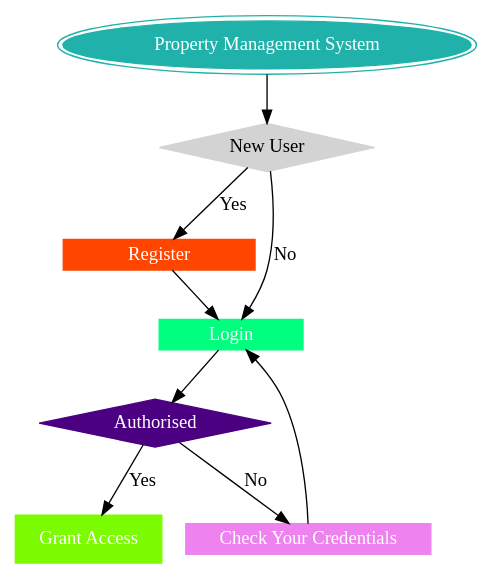
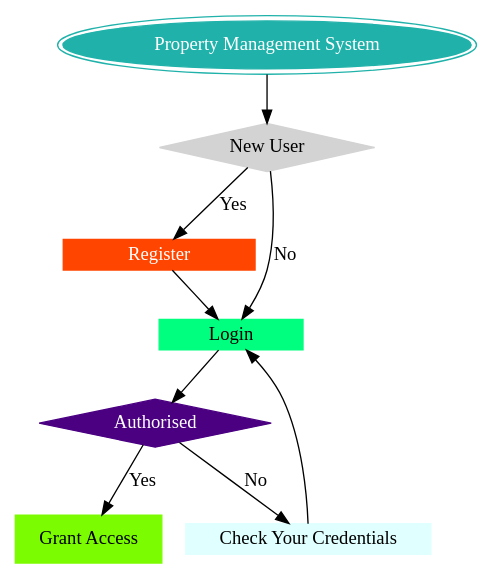
One commit to IIITM-Jay/Property-Management-System-Docs changed the diagram in docs/source/flowSequence.rst. Above: the diagram before and after it, drawn with Graphviz.

```diff
--- a/docs/source/flowSequence.rst
+++ b/docs/source/flowSequence.rst
@@ -5,23 +5,23 @@
 .. graphviz::
    :align: center
 
    digraph {
       a->b
       b->d [label="Yes", labelfontcolor=green]
       b->c [label="No", labelfontcolor=red]
       d->c 
       c->e
       e->f [label="Yes"]
       e->g [label="No"]
       g->c
       a [shap=ellipse, peripheries=2,color= lightseagreen, label="Property Management System", style=filled, fontcolor=white];
       b [shape=diamond, label="New User" color="lightgray", style=filled]
-      c [shape=box, label="Login", height=0.25, width=1.5, color=springgreen,style=filled, fontcolor=white ]
+      c [shape=box, label="Login", height=0.25, width=1.5, color=springgreen,style=filled, fontcolor=black ]
       d [shape=box, label="Register", height=0.25, width=2, color=orangered,style=filled, fontcolor=white ]
       e [shape=diamond, label="Authorised", color=indigo, fontcolor=white, style=filled]
-      f [shape=box, label="Grant Access", color=lawngreen, fontcolor=white, style=filled ]
-      g [shape=box, label="Check Your Credentials", height=0.25, width=2, color= violet, style=filled ,fontcolor=white ]
+      f [shape=box, label="Grant Access", color=lawngreen, fontcolor=white, style=filled, fontcolor=black ]
+      g [shape=box, label="Check Your Credentials", height=0.25, width=2, color=  lightcyan, style=filled ,fontcolor=black ]
 
 
       
    }
```
